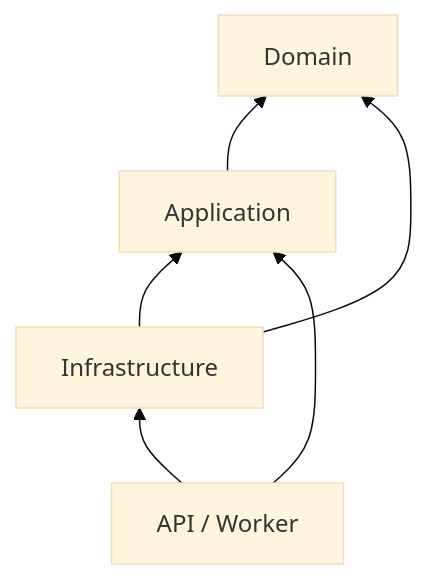
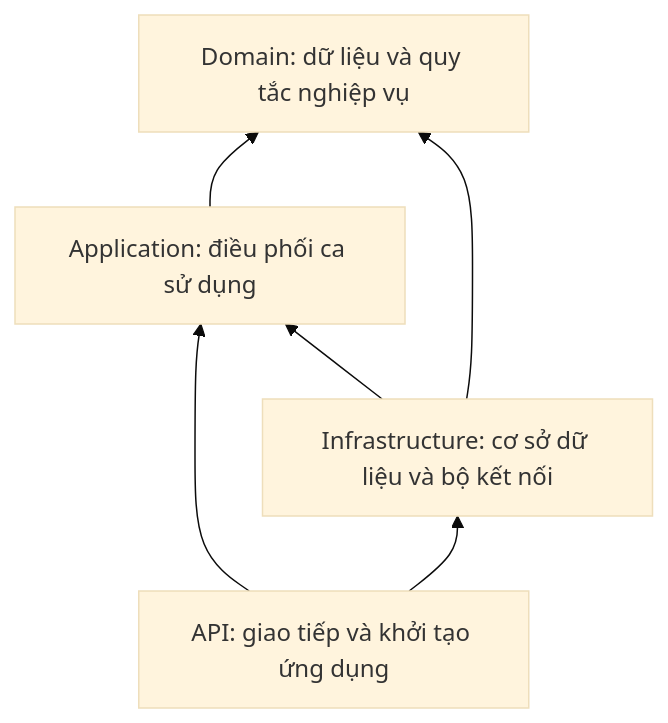
The third of 8 diagrams in docs/ARCHITECTURE.md (nhphunng/Crypto-Strategy-Lab), drawn with Mermaid (base theme) before and after one commit. The commit also changed other lines of this file and 2 other files, not shown here.

Commit message:
docs: refine submission architecture and decision reports - Clarify implemented features, limitations, and planned extensions - Map architecture modules to actual code paths - Update README and ADR navigation links

````diff
--- a/docs/ARCHITECTURE.md
+++ b/docs/ARCHITECTURE.md
@@ -100,9 +82,8 @@
 ```mermaid
 flowchart BT
-    DOMAIN["Domain"]
-    APPLICATION["Application"] --> DOMAIN
-    INFRA["Infrastructure"] --> DOMAIN
-    INFRA --> APPLICATION
-    DELIVERY["API / Worker"] --> APPLICATION
-    DELIVERY --> INFRA
+    Application["Application: điều phối ca sử dụng"] --> Domain["Domain: dữ liệu và quy tắc nghiệp vụ"]
+    Infrastructure["Infrastructure: cơ sở dữ liệu và bộ kết nối"] --> Application
+    Infrastructure --> Domain
+    API["API: giao tiếp và khởi tạo ứng dụng"] --> Application
+    API --> Infrastructure
 ```
````
